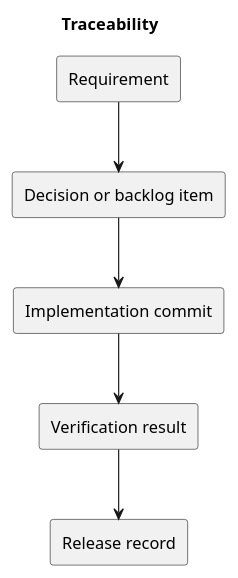
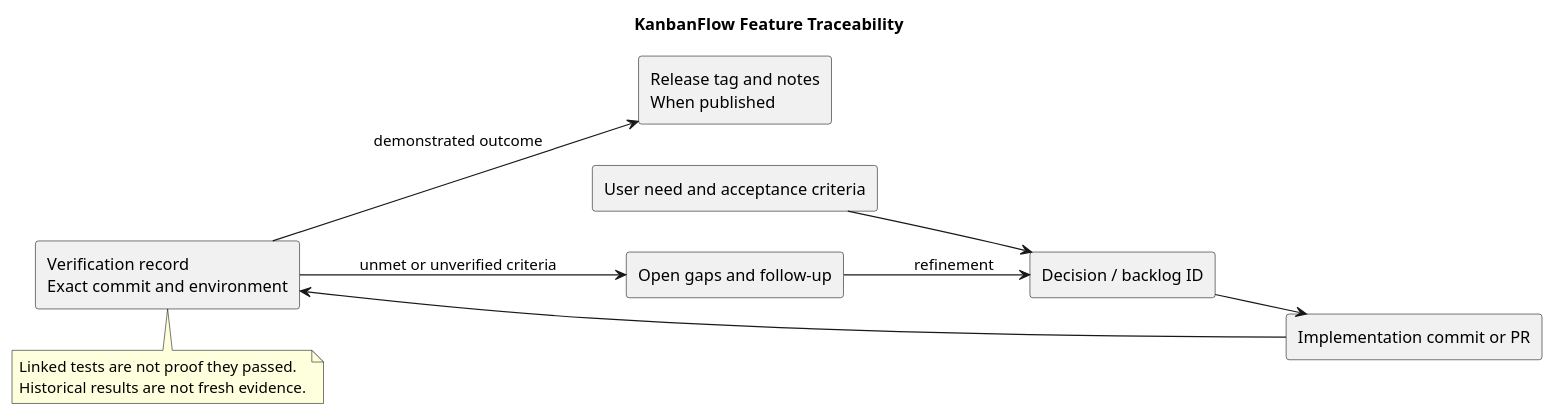
Before and after one commit to Farhad-Valizadegan/Web-KanbanFlow: the diagram in docs/Project-Management/diagrams/traceability.puml, drawn with PlantUML. The commit also changed 2 other files, not shown here.

Commit message:
docs: complete feature traceability and verification mapping

```diff
--- a/docs/Project-Management/diagrams/traceability.puml
+++ b/docs/Project-Management/diagrams/traceability.puml
@@ -1,12 +1,20 @@
 @startuml
-title Traceability
-rectangle "Requirement" as R
-rectangle "Decision or backlog item" as D
-rectangle "Implementation commit" as I
-rectangle "Verification result" as V
-rectangle "Release record" as E
-R --> D
+title KanbanFlow Feature Traceability
+left to right direction
+rectangle "User need and acceptance criteria" as N
+rectangle "Decision / backlog ID" as D
+rectangle "Implementation commit or PR" as I
+rectangle "Verification record\nExact commit and environment" as V
+rectangle "Release tag and notes\nWhen published" as R
+rectangle "Open gaps and follow-up" as G
+N --> D
 D --> I
 I --> V
-V --> E
+V --> R : demonstrated outcome
+V --> G : unmet or unverified criteria
+G --> D : refinement
+note bottom of V
+Linked tests are not proof they passed.
+Historical results are not fresh evidence.
+end note
 @enduml
```
